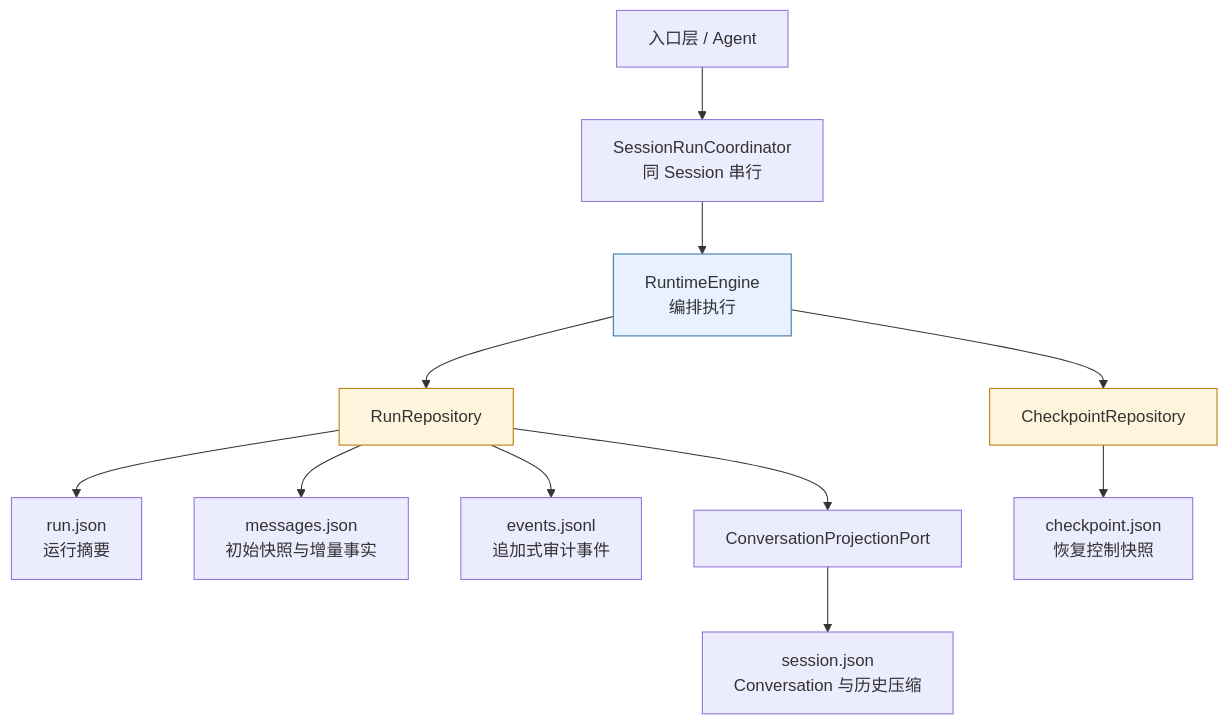
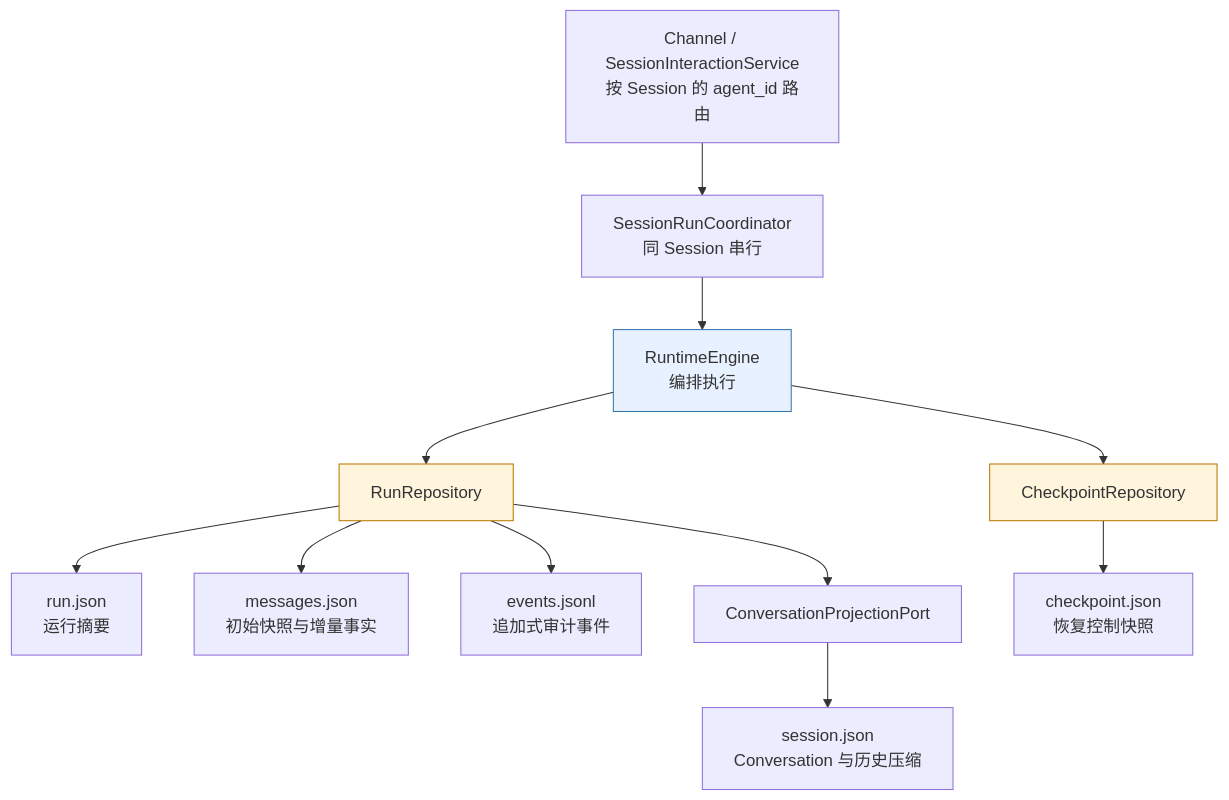
One commit to aandbcct/dotClaw changed the first of 2 diagrams in docs/wiki/Runtime 持久化架构.md. Above: the diagram before and after it, drawn with Mermaid. The commit also changed other lines of this file and 12 other files, not shown here.

````diff
--- a/docs/wiki/Runtime 持久化架构.md
+++ b/docs/wiki/Runtime 持久化架构.md
@@ -41,17 +41,17 @@
 ```mermaid
 flowchart TB
-    Entry["入口层 / Agent"] --> Coordinator["SessionRunCoordinator\n同 Session 串行"]
+    Entry["Channel / SessionInteractionService\n按 Session 的 agent_id 路由"] --> Coordinator["SessionRunCoordinator\n同 Session 串行"]
     Coordinator --> Engine["RuntimeEngine\n编排执行"]
     Engine --> RunRepo["RunRepository"]
     Engine --> CheckpointRepo["CheckpointRepository"]
     RunRepo --> Run["run.json\n运行摘要"]
     RunRepo --> Messages["messages.json\n初始快照与增量事实"]
     RunRepo --> Events["events.jsonl\n追加式审计事件"]
     CheckpointRepo --> Checkpoint["checkpoint.json\n恢复控制快照"]
     RunRepo --> Projector["ConversationProjectionPort"]
     Projector --> Session["session.json\nConversation 与历史压缩"]
 
     style Engine fill:#e8f1ff,stroke:#3776ab
     style RunRepo fill:#fff4dc,stroke:#bb7a00
     style CheckpointRepo fill:#fff4dc,stroke:#bb7a00
 ```
````
